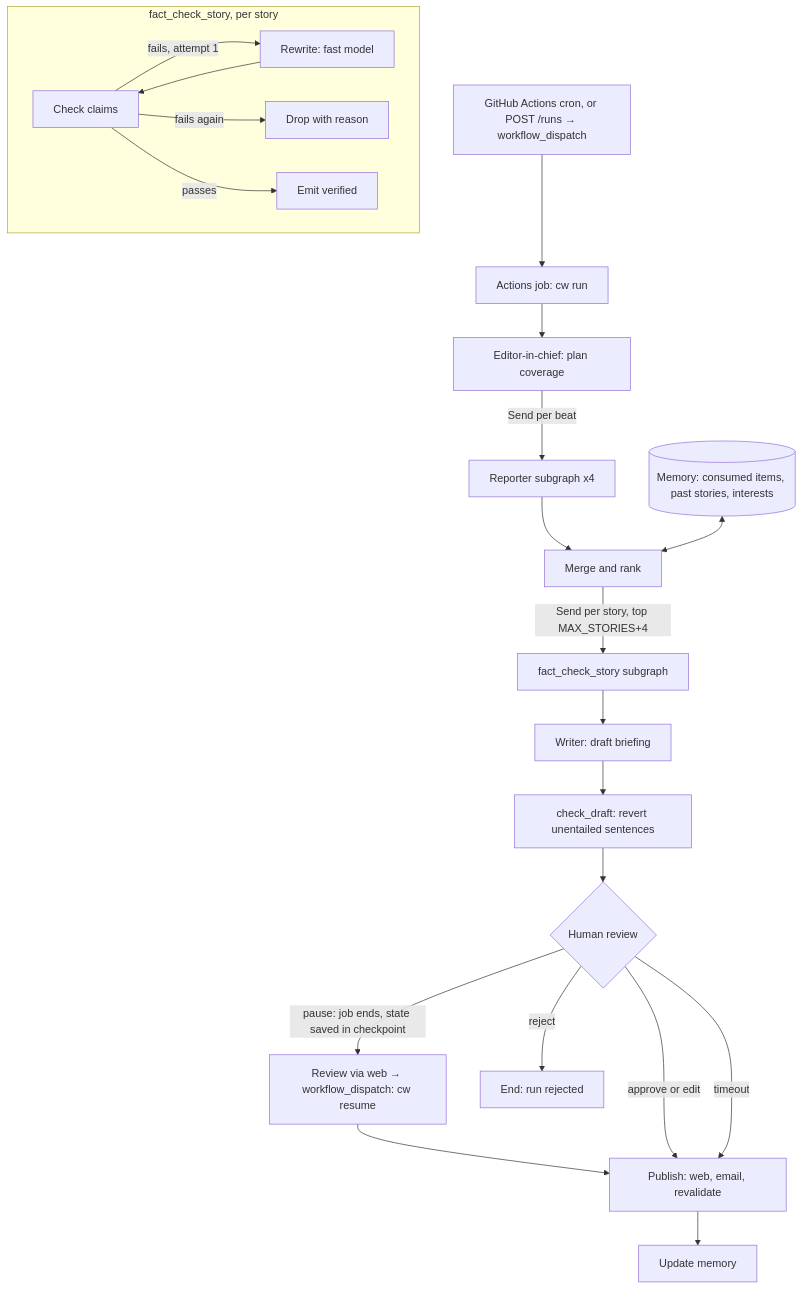
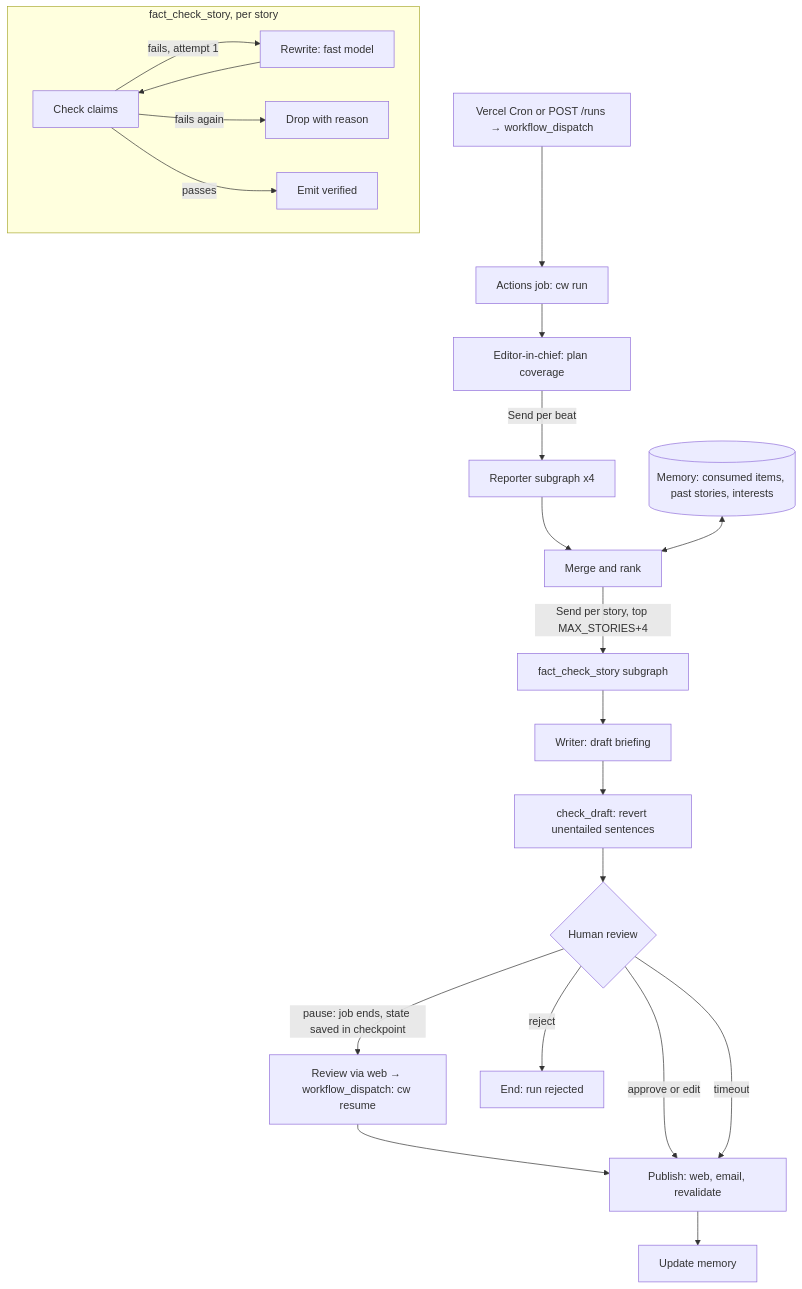
One commit to YashKamerkar14/context-window changed the diagram in PLAN.md. Above: the diagram before and after it, drawn with Mermaid. The commit also changed other lines of this file and 10 other files, not shown here.

First line of the commit message:
Move the newsroom to Pacific time and start it from Vercel Cron

````diff
--- a/PLAN.md
+++ b/PLAN.md
@@ -49,24 +49,24 @@
 ```mermaid
 flowchart TD
-    T[GitHub Actions cron, or POST /runs → workflow_dispatch] --> WK[Actions job: cw run]
+    T[Vercel Cron or POST /runs → workflow_dispatch] --> WK[Actions job: cw run]
     WK --> E[Editor-in-chief: plan coverage]
     E -- Send per beat --> R[Reporter subgraph x4]
     R --> M[Merge and rank]
     MEM[(Memory: consumed items, past stories, interests)] <--> M
     M -- Send per story, top MAX_STORIES+4 --> FC[fact_check_story subgraph]
     subgraph FC_SUB [fact_check_story, per story]
       C1[Check claims] -- fails, attempt 1 --> RW[Rewrite: fast model]
       RW --> C1
       C1 -- fails again --> DR[Drop with reason]
       C1 -- passes --> OK[Emit verified]
     end
     FC --> W[Writer: draft briefing]
     W --> CD[check_draft: revert unentailed sentences]
     CD --> H{Human review}
     H -- pause: job ends, state saved in checkpoint --> RV[Review via web → workflow_dispatch: cw resume]
     RV --> P
     H -- approve or edit --> P[Publish: web, email, revalidate]
     H -- timeout --> P
     H -- reject --> X[End: run rejected]
     P --> U[Update memory]
 ```
````
